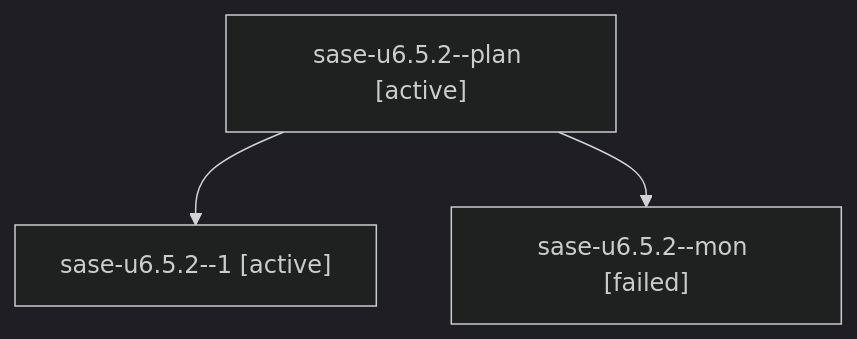
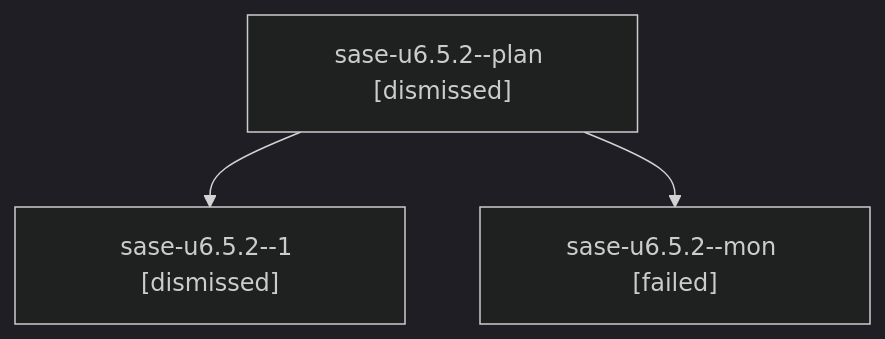
The diagram in sessions/bbugyi200.athena.sase-u6.5.2.md (sase-org/sase--agents), drawn with Mermaid (dark theme) before and after one commit. The commit also changed other lines of this file and 262 other files, not shown here.

````diff
--- a/sessions/bbugyi200.athena.sase-u6.5.2.md
+++ b/sessions/bbugyi200.athena.sase-u6.5.2.md
@@ -9,8 +9,8 @@
 ```mermaid
 flowchart TD
-  n0["sase-u6.5.2--plan [active]"]
-  n1["sase-u6.5.2--1 [active]"]
+  n0["sase-u6.5.2--plan [dismissed]"]
+  n1["sase-u6.5.2--1 [dismissed]"]
   n0 --> n1
   n2["sase-u6.5.2--mon [failed]"]
   n0 --> n2
 ```
````
